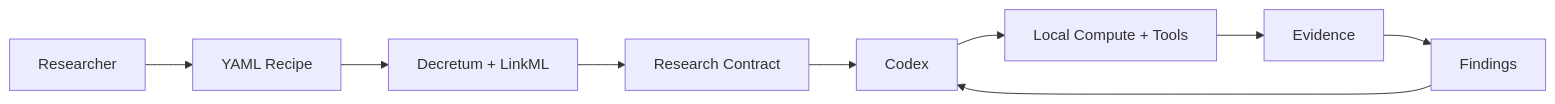
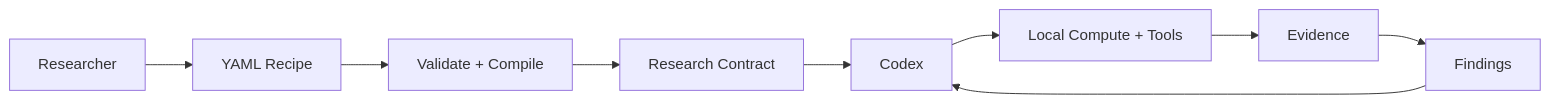
One commit to Opposum0112/Decretum changed the first of 3 diagrams in README.md. Above: the diagram before and after it, drawn with Mermaid. The commit also changed other lines of this file, not shown here.

````diff
--- a/README.md
+++ b/README.md
@@ -3,11 +9,11 @@
 ```mermaid
 flowchart LR
-    R[Researcher] --> Y[YAML Recipe]
-    Y --> D[Decretum + LinkML]
-    D --> C[Research Contract]
-    C --> X[Codex]
-    X --> T[Local Compute + Tools]
-    T --> E[Evidence]
-    E --> F[Findings]
-    F --> X
+    A[Researcher] --> B[YAML Recipe]
+    B --> C[Validate + Compile]
+    C --> D[Research Contract]
+    D --> E[Codex]
+    E --> F[Local Compute + Tools]
+    F --> G[Evidence]
+    G --> H[Findings]
+    H --> E
 ```
````
